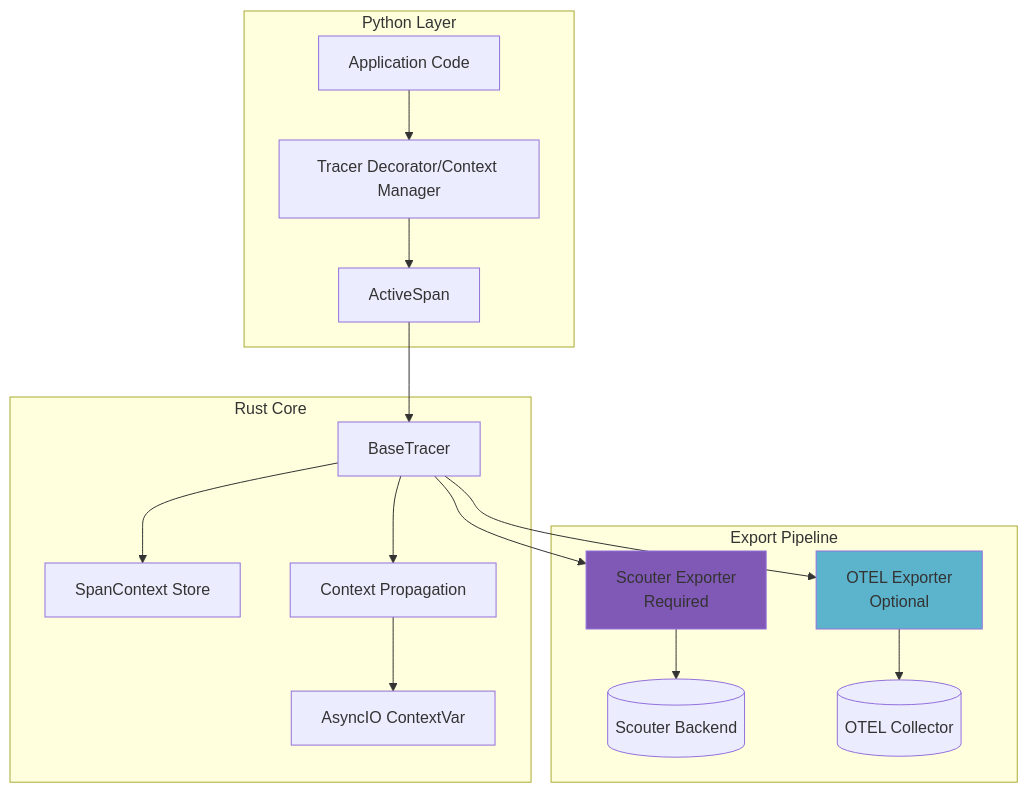
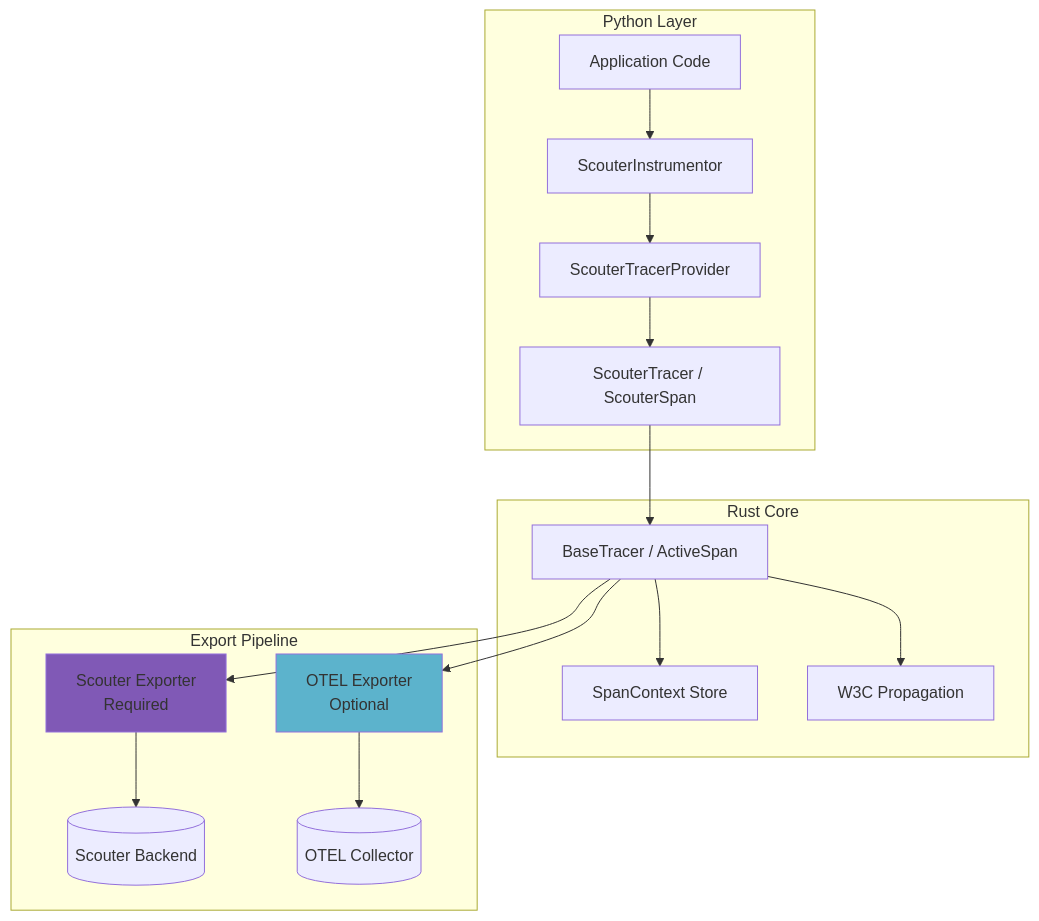
The first of 2 diagrams in py-scouter/docs/docs/tracing/overview.md (demml/scouter), drawn with Mermaid before and after one commit. The commit also changed other lines of this file and 37 other files, not shown here.

````diff
--- a/py-scouter/docs/docs/tracing/overview.md
+++ b/py-scouter/docs/docs/tracing/overview.md
@@ -9,24 +9,24 @@
 ```mermaid
 graph TB
     subgraph "Python Layer"
-        A[Application Code] --> B[Tracer Decorator/Context Manager]
-        B --> C[ActiveSpan]
+        A[Application Code] --> B[ScouterInstrumentor]
+        B --> C[ScouterTracerProvider]
+        C --> D[ScouterTracer / ScouterSpan]
     end
 
     subgraph "Rust Core"
-        C --> D[BaseTracer]
-        D --> E[SpanContext Store]
-        D --> F[Context Propagation]
-        F --> G[AsyncIO ContextVar]
+        D --> E[BaseTracer / ActiveSpan]
+        E --> F[SpanContext Store]
+        E --> G[W3C Propagation]
     end
 
     subgraph "Export Pipeline"
-        D --> H[Scouter Exporter<br/>Required]
-        D --> I[OTEL Exporter<br/>Optional]
+        E --> H[Scouter Exporter<br/>Required]
+        E --> I[OTEL Exporter<br/>Optional]
         H --> J[(Scouter Backend)]
         I --> K[(OTEL Collector)]
     end
 
     style H fill:#8059b6
     style I fill:#5cb3cc
 ```
````
